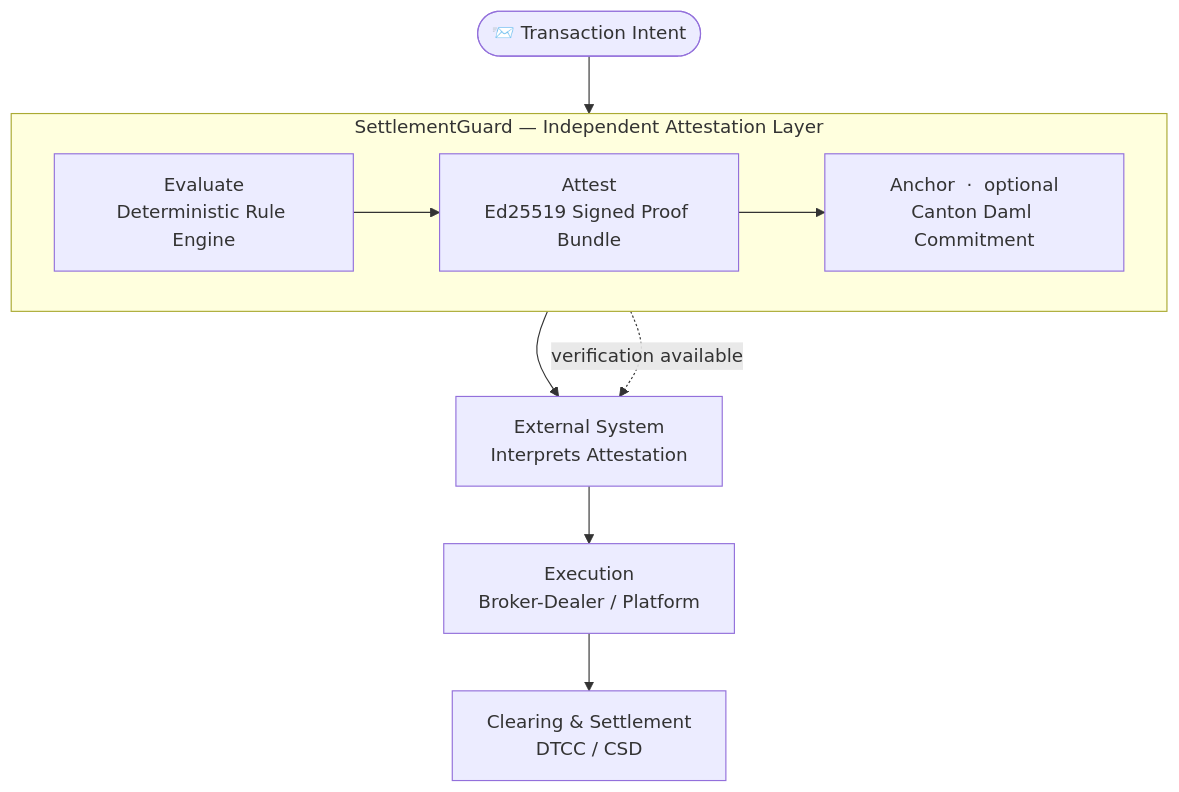
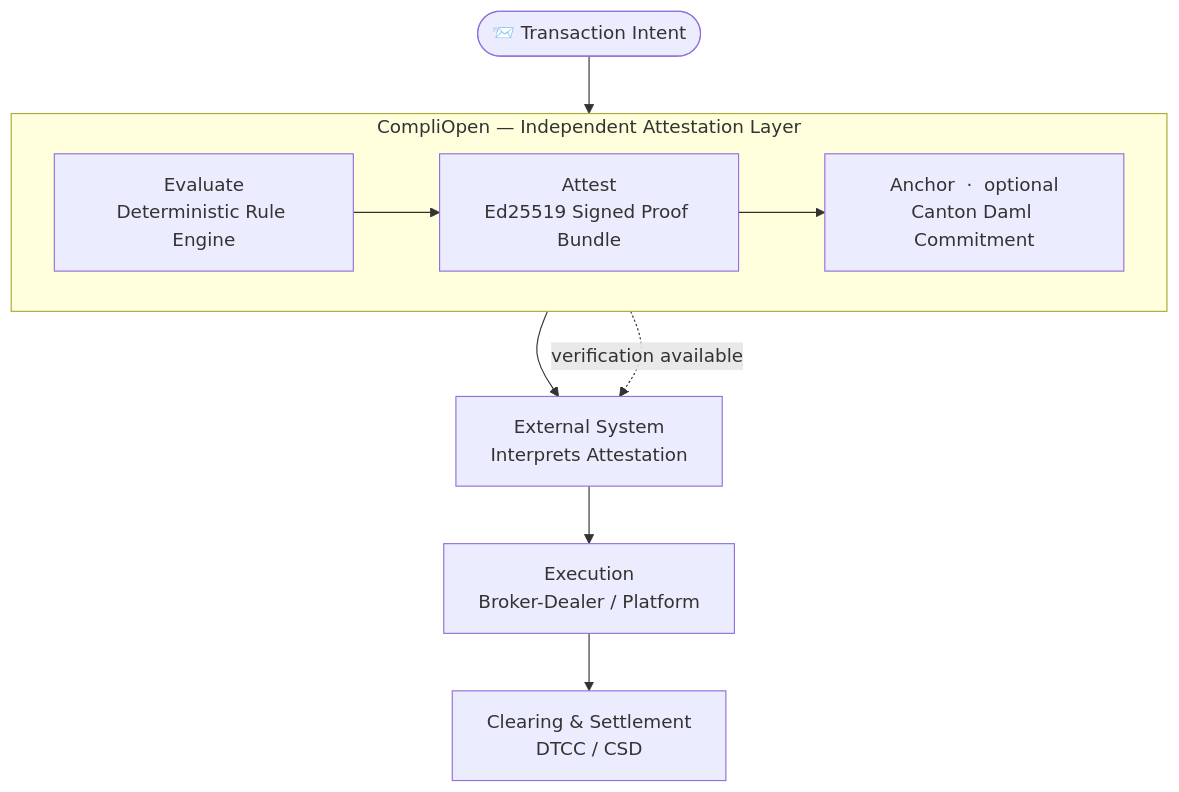
Before and after one commit to finos-labs/dtcch-2026-compliledger: the first of 7 diagrams in README.md, drawn with Mermaid. The commit also changed other lines of this file and 38 other files, not shown here.

Commit message:
Rename active branding to CompliOpen

````diff
--- a/README.md
+++ b/README.md
@@ -103,21 +108,21 @@
 ```mermaid
 flowchart TD
     TI(["📨 Transaction Intent"])
 
-    subgraph SG["SettlementGuard — Independent Attestation Layer"]
+    subgraph SG["CompliOpen — Independent Attestation Layer"]
         direction LR
         EVAL["Evaluate\nDeterministic Rule Engine"]
         ATTEST["Attest\nEd25519 Signed Proof Bundle"]
         ANCHOR["Anchor  ·  optional\nCanton Daml Commitment"]
         EVAL --> ATTEST --> ANCHOR
     end
 
     EXT["External System\nInterprets Attestation"]
     EXEC["Execution\nBroker-Dealer / Platform"]
     CLR["Clearing & Settlement\nDTCC / CSD"]
 
     TI --> EVAL
     ANCHOR --> EXT
     ATTEST -. verification available .-> EXT
     EXT --> EXEC --> CLR
 ```
````
